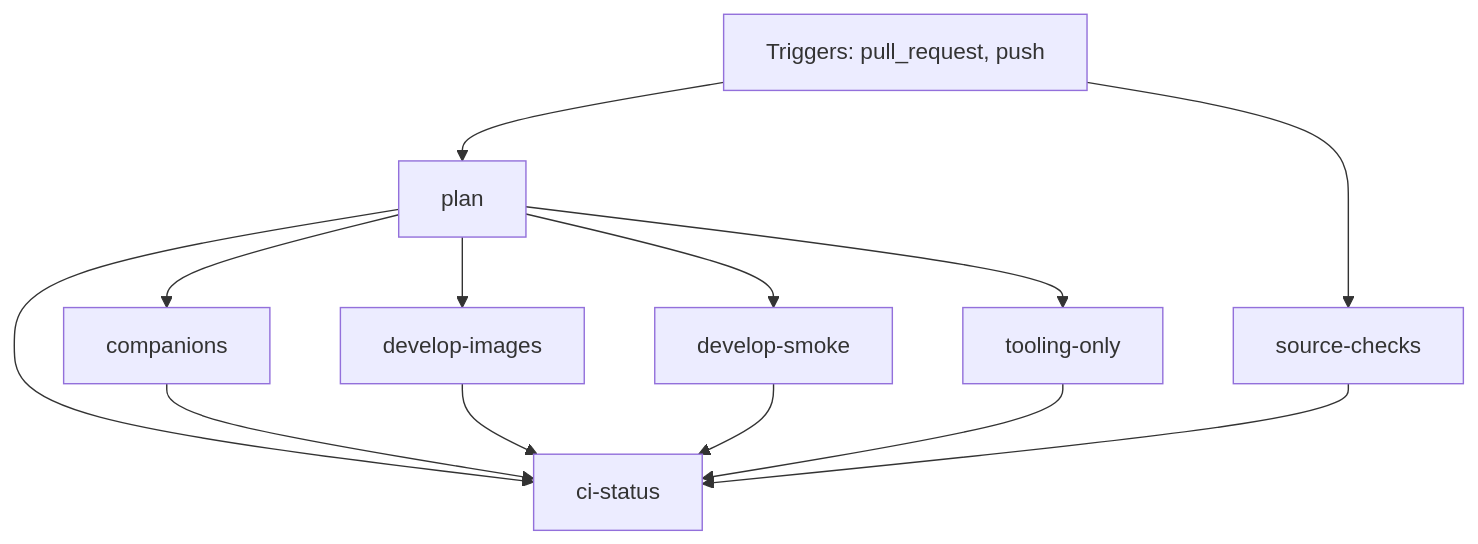
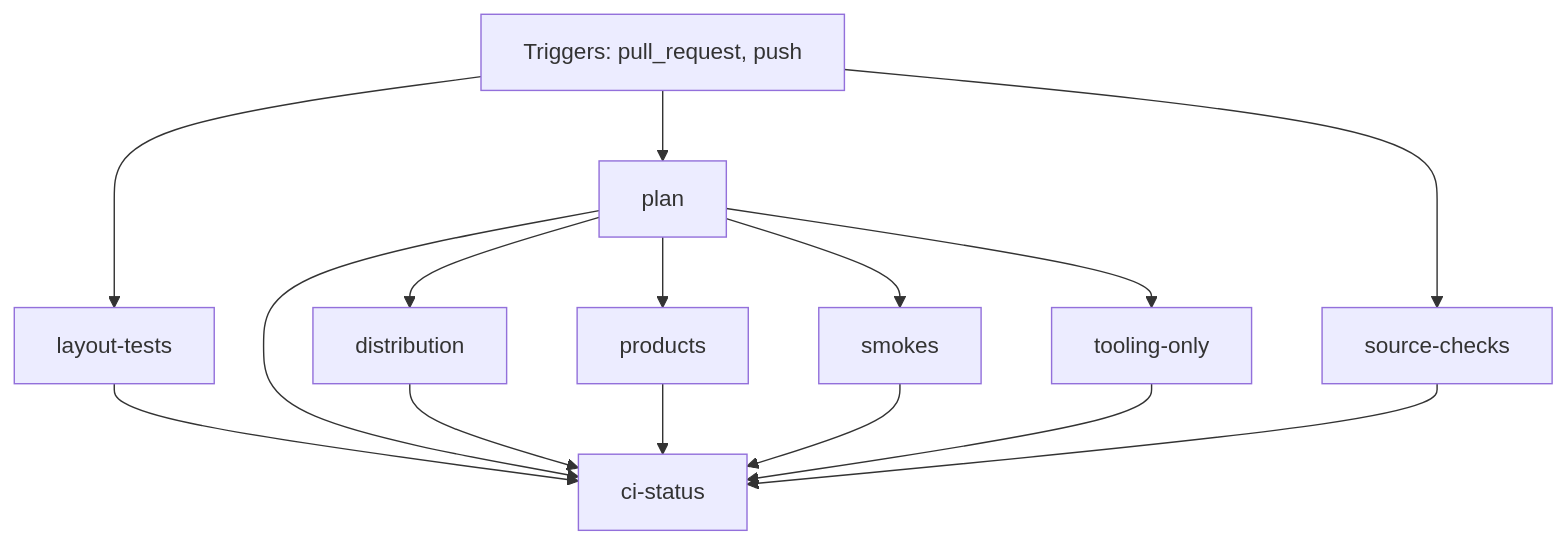
One commit to FrenchExDev2/QuietCli.PoSh changed the diagram in docs/ci/github/script-companions-ci.md. Above: the diagram before and after it, drawn with Mermaid. The commit also changed other lines of this file and 701 other files, not shown here.

```diff
--- a/docs/ci/github/script-companions-ci.md
+++ b/docs/ci/github/script-companions-ci.md
@@ -43,23 +28,26 @@
 ~~~mermaid
 flowchart TD
     event["Triggers: pull_request, push"]
     job_ci_status["ci-status"]
-    job_companions["companions"]
-    job_develop_images["develop-images"]
-    job_develop_smoke["develop-smoke"]
+    job_distribution["distribution"]
+    job_layout_tests["layout-tests"]
     job_plan["plan"]
+    job_products["products"]
+    job_smokes["smokes"]
     job_source_checks["source-checks"]
     job_tooling_only["tooling-only"]
     job_plan --> job_ci_status
     job_source_checks --> job_ci_status
-    job_companions --> job_ci_status
+    job_layout_tests --> job_ci_status
+    job_products --> job_ci_status
+    job_smokes --> job_ci_status
     job_tooling_only --> job_ci_status
-    job_develop_smoke --> job_ci_status
-    job_develop_images --> job_ci_status
-    job_plan --> job_companions
-    job_plan --> job_develop_images
-    job_plan --> job_develop_smoke
+    job_distribution --> job_ci_status
+    job_plan --> job_distribution
+    event --> job_layout_tests
     event --> job_plan
+    job_plan --> job_products
+    job_plan --> job_smokes
     event --> job_source_checks
     job_plan --> job_tooling_only
 ~~~
```
